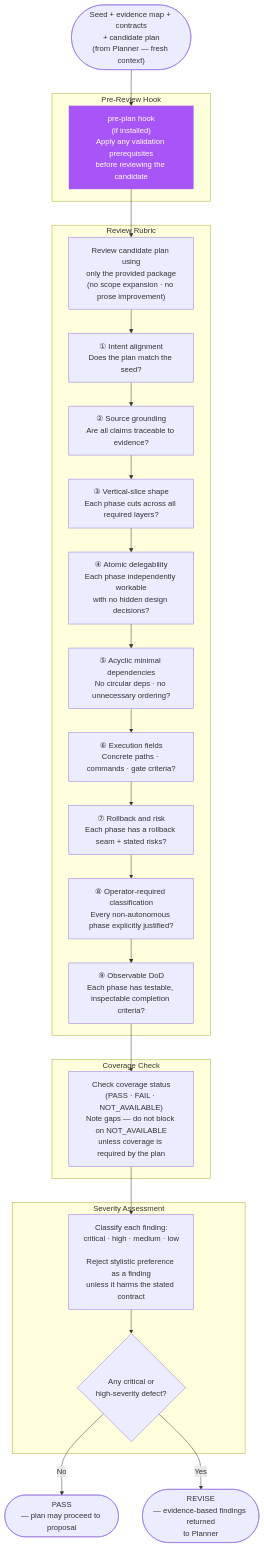
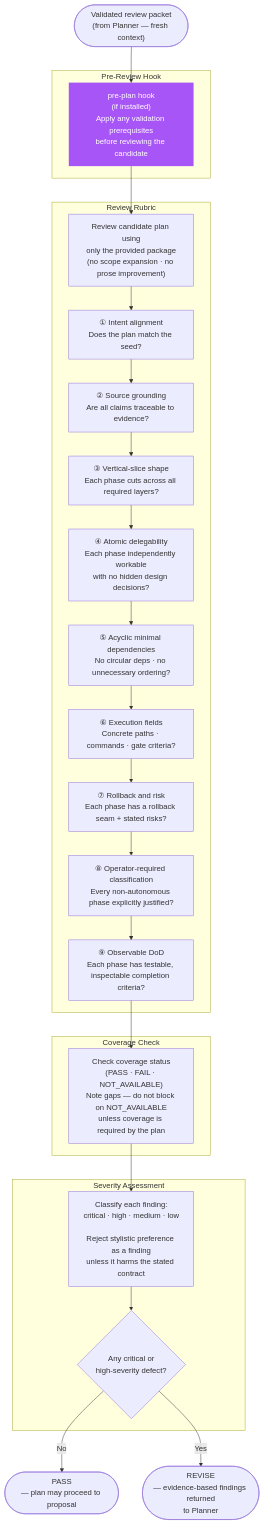
One commit to ericmaster/agent-fabric changed the first of 2 diagrams in docs/architecture/plan-reviewer.md. Above: the diagram before and after it, drawn with Mermaid. The commit also changed other lines of this file and 22 other files, not shown here.

First line of the commit message:
feat(agents): enforce fail-closed fresh-context Delegation Packet contract

````diff
--- a/docs/architecture/plan-reviewer.md
+++ b/docs/architecture/plan-reviewer.md
@@ -11,45 +13,45 @@
 ```mermaid
 flowchart TD
-    START(["Seed + evidence map + contracts\n+ candidate plan\n(from Planner — fresh context)"]) --> PP
+    START(["Validated review packet\n(from Planner — fresh context)"]) --> PP
 
     subgraph "Pre-Review Hook"
         PP["pre-plan hook\n(if installed)\nApply any validation prerequisites\nbefore reviewing the candidate"]
     end
 
     PP --> REVIEW
 
     subgraph "Review Rubric"
         REVIEW["Review candidate plan using\nonly the provided package\n(no scope expansion · no prose improvement)"]
 
         INTENT["① Intent alignment\nDoes the plan match the seed?"]
         GROUNDING["② Source grounding\nAre all claims traceable to evidence?"]
         SHAPE["③ Vertical-slice shape\nEach phase cuts across all required layers?"]
         DELEG["④ Atomic delegability\nEach phase independently workable\nwith no hidden design decisions?"]
         DEPS["⑤ Acyclic minimal dependencies\nNo circular deps · no unnecessary ordering?"]
         EXEC["⑥ Execution fields\nConcrete paths · commands · gate criteria?"]
         ROLLBACK["⑦ Rollback and risk\nEach phase has a rollback seam + stated risks?"]
         CLASS["⑧ Operator-required classification\nEvery non-autonomous phase explicitly justified?"]
         DOD["⑨ Observable DoD\nEach phase has testable, inspectable completion criteria?"]
     end
 
     REVIEW --> INTENT --> GROUNDING --> SHAPE --> DELEG
     DELEG --> DEPS --> EXEC --> ROLLBACK --> CLASS --> DOD --> MUTTEST
 
     subgraph "Coverage Check"
         MUTTEST["Check coverage status\n(PASS · FAIL · NOT_AVAILABLE)\nNote gaps — do not block on NOT_AVAILABLE\nunless coverage is required by the plan"]
     end
 
     MUTTEST --> SEVERITY
 
     subgraph "Severity Assessment"
         SEVERITY["Classify each finding:\ncritical · high · medium · low\n\nReject stylistic preference as a finding\nunless it harms the stated contract"]
 
         VERDICT{Any critical or\nhigh-severity defect?}
     end
 
     SEVERITY --> VERDICT
     VERDICT -- No --> PASS([PASS\n— plan may proceed to proposal])
     VERDICT -- Yes --> REVISE([REVISE\n— evidence-based findings returned\nto Planner])
 
     style PP fill:#a855f7,color:#fff,stroke:none
 ```
````
